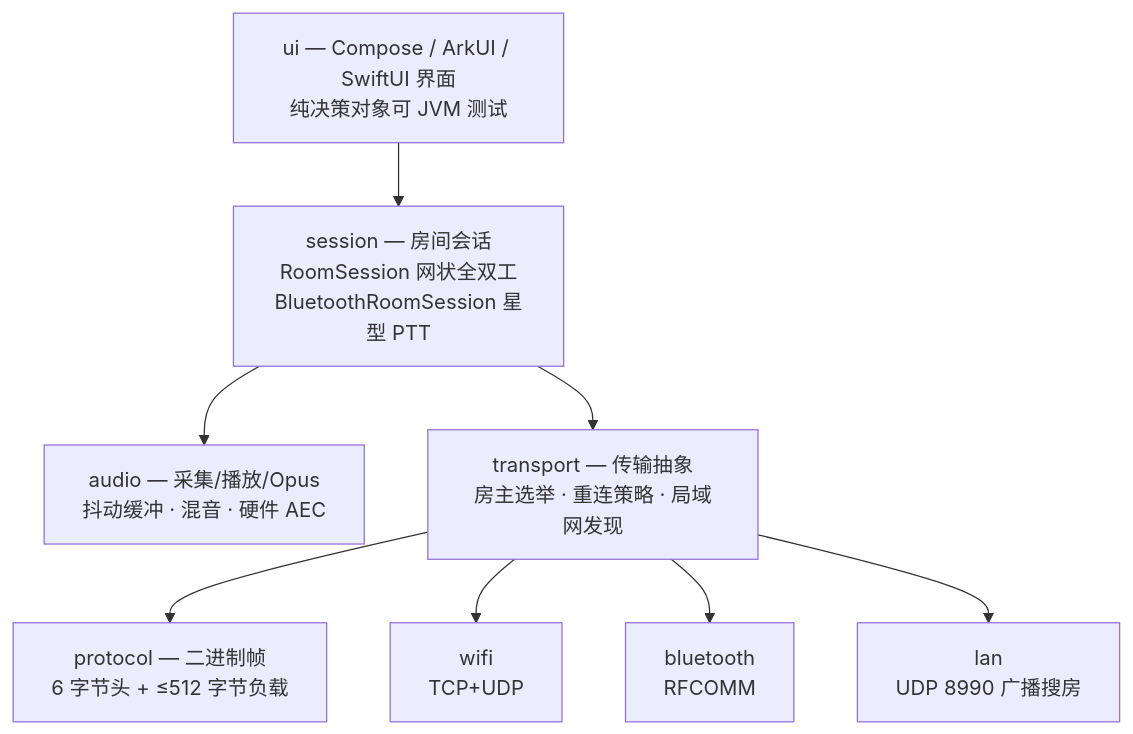
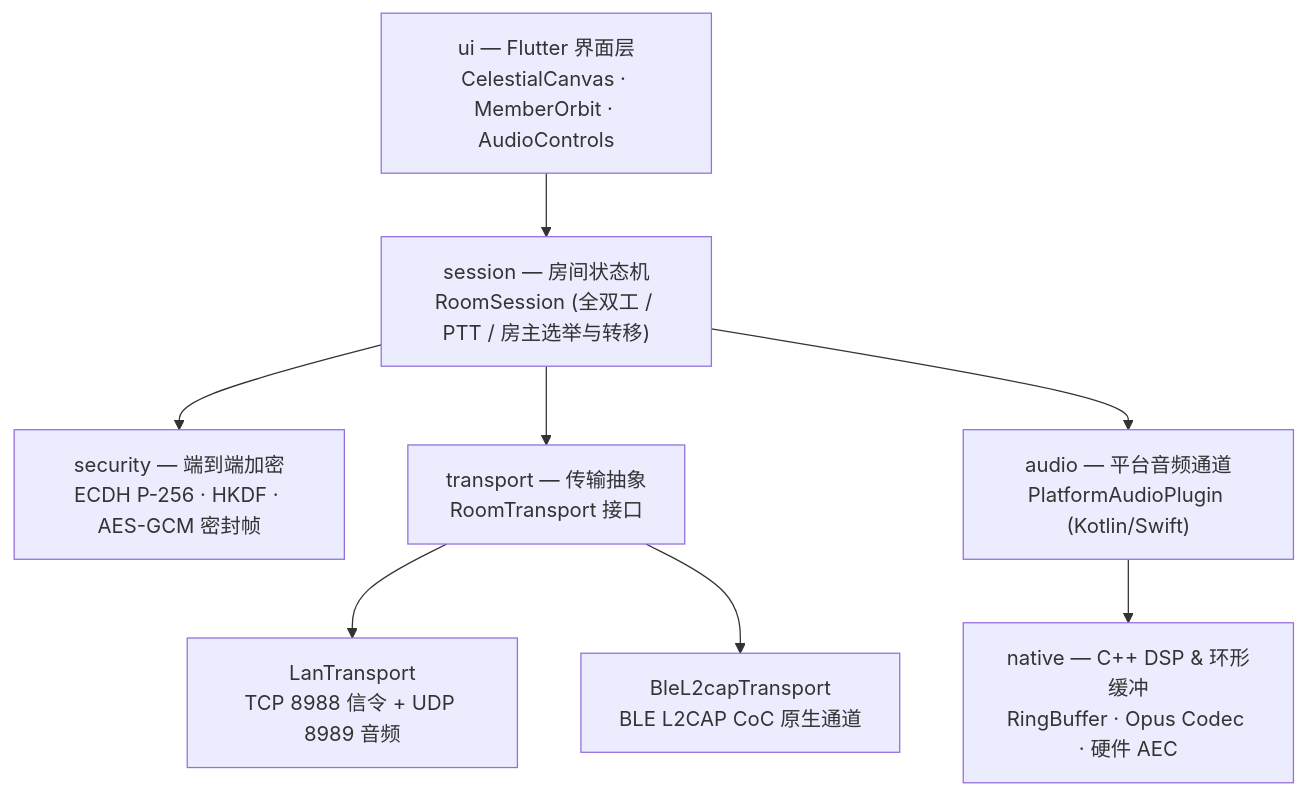
The diagram in README.md (Starlordzz/sunsetripple), drawn with Mermaid before and after one commit. The commit also changed other lines of this file and 6 other files, not shown here.

````diff
--- a/README.md
+++ b/README.md
@@ -123,19 +120,19 @@
 ```mermaid
 flowchart TD
-    UI["ui — Compose / ArkUI / SwiftUI 界面<br/>纯决策对象可 JVM 测试"]
-    SESSION["session — 房间会话<br/>RoomSession 网状全双工<br/>BluetoothRoomSession 星型 PTT"]
-    AUDIO["audio — 采集/播放/Opus<br/>抖动缓冲 · 混音 · 硬件 AEC"]
-    PROTO["protocol — 二进制帧<br/>6 字节头 + ≤512 字节负载"]
-    TRANS["transport — 传输抽象<br/>房主选举 · 重连策略 · 局域网发现"]
-    WIFI["wifi<br/>TCP+UDP"]
-    BT["bluetooth<br/>RFCOMM"]
-    LAN["lan<br/>UDP 8990 广播搜房"]
+    UI["ui — Flutter 界面层<br/>CelestialCanvas · MemberOrbit · AudioControls"]
+    SESSION["session — 房间状态机<br/>RoomSession (全双工 / PTT / 房主选举与转移)"]
+    CRYPTO["security — 端到端加密<br/>ECDH P-256 · HKDF · AES-GCM 密封帧"]
+    TRANS["transport — 传输抽象<br/>RoomTransport 接口"]
+    LAN["LanTransport<br/>TCP 8988 信令 + UDP 8989 音频"]
+    BLE["BleL2capTransport<br/>BLE L2CAP CoC 原生通道"]
+    AUDIO["audio — 平台音频通道<br/>PlatformAudioPlugin (Kotlin/Swift)"]
+    DSP["native — C++ DSP & 环形缓冲<br/>RingBuffer · Opus Codec · 硬件 AEC"]
 
     UI --> SESSION
+    SESSION --> CRYPTO
+    SESSION --> TRANS
     SESSION --> AUDIO
-    SESSION --> TRANS
-    TRANS --> PROTO
-    TRANS --> WIFI
-    TRANS --> BT
     TRANS --> LAN
+    TRANS --> BLE
+    AUDIO --> DSP
 ```
````
